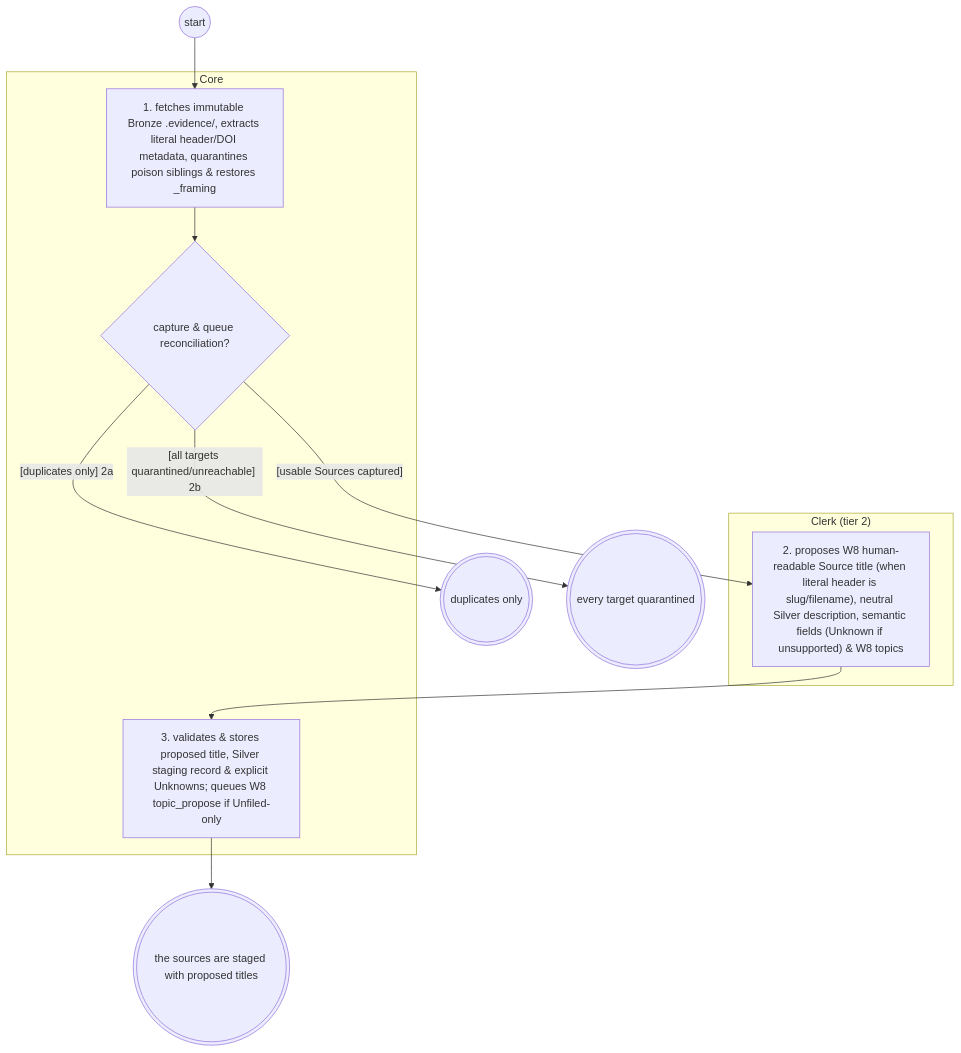
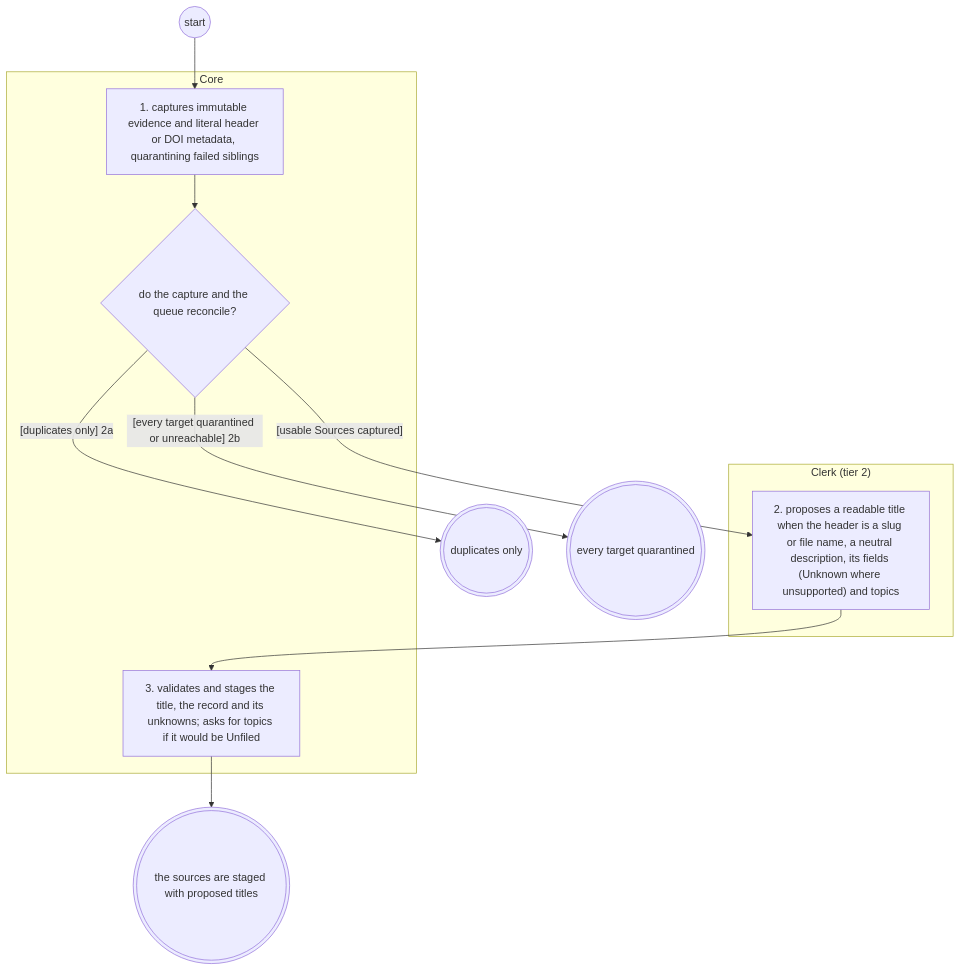
Before and after one commit to Jake36999/Librarian_V2: the diagram in reports/2026-11-25-systems-analysis-finalisation/librarian/to-be/views/source-intake.views.md, drawn with Mermaid. The commit also changed other lines of this file and 37 other files, not shown here.

````diff
--- a/reports/2026-11-25-systems-analysis-finalisation/librarian/to-be/views/source-intake.views.md
+++ b/reports/2026-11-25-systems-analysis-finalisation/librarian/to-be/views/source-intake.views.md
@@ -37,23 +37,23 @@
 ```mermaid
 flowchart TD
   subgraph Clerk_tier_2_["Clerk (tier 2)"]
-    describe["2. proposes W8 human-readable Source title (when literal header is slug/filename), neutral Silver description, semantic fields (Unknown if unsupported) & W8 topics"]
+    describe["2. proposes a readable title when the header is a slug or file name, a neutral description, its fields (Unknown where unsupported) and topics"]
   end
   subgraph Core["Core"]
-    capture["1. fetches immutable Bronze .evidence/, extracts literal header/DOI metadata, quarantines poison siblings & restores _framing"]
-    dcap{"capture & queue reconciliation?"}
-    stage["3. validates & stores proposed title, Silver staging record & explicit Unknowns; queues W8 topic_propose if Unfiled-only"]
+    capture["1. captures immutable evidence and literal header or DOI metadata, quarantining failed siblings"]
+    dcap{"do the capture and the queue reconcile?"}
+    stage["3. validates and stages the title, the record and its unknowns; asks for topics if it would be Unfiled"]
   end
   s(("start"))
   e_success((("the sources are staged with proposed titles")))
   e_reused((("duplicates only")))
   e_paused((("every target quarantined")))
   s --> capture
   capture --> dcap
   dcap -->|"[usable Sources captured]"| describe
   dcap -->|"[duplicates only] 2a"| e_reused
-  dcap -->|"[all targets quarantined/unreachable] 2b"| e_paused
+  dcap -->|"[every target quarantined or unreachable] 2b"| e_paused
   describe --> stage
   stage --> e_success
   classDef ext stroke:#d9534f,stroke-width:2px
 ```
````
